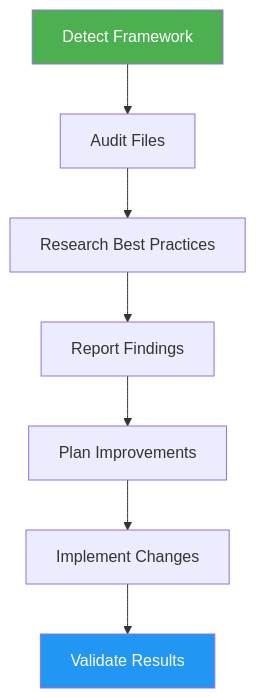
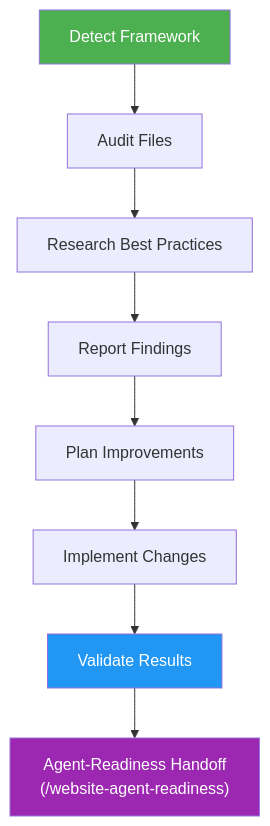
One commit to hongphuc5497/skills changed the diagram in skills/seo-ai-optimizer/docs/README.md. Above: the diagram before and after it, drawn with Mermaid. The commit also changed other lines of this file and 39 other files, not shown here.

````diff
--- a/skills/seo-ai-optimizer/docs/README.md
+++ b/skills/seo-ai-optimizer/docs/README.md
@@ -30,11 +32,13 @@
 ```mermaid
 graph TD
     A["Detect Framework"] --> B["Audit Files"]
     B --> C["Research Best Practices"]
     C --> D["Report Findings"]
     D --> E["Plan Improvements"]
     E --> F["Implement Changes"]
     F --> G["Validate Results"]
+    G --> H["Agent-Readiness Handoff<br/>(/website-agent-readiness)"]
     style A fill:#4CAF50,color:#fff
     style G fill:#2196F3,color:#fff
+    style H fill:#9C27B0,color:#fff
 ```
````
